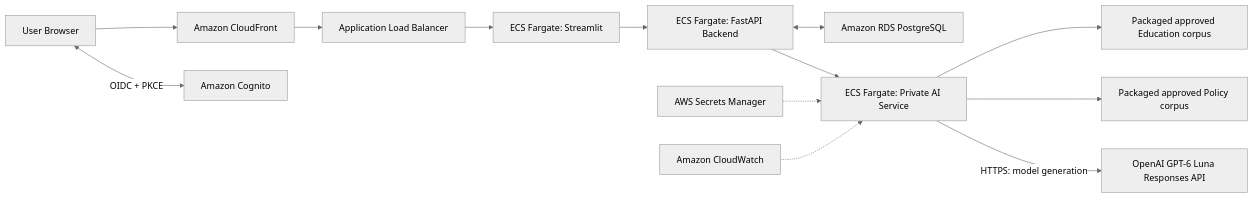
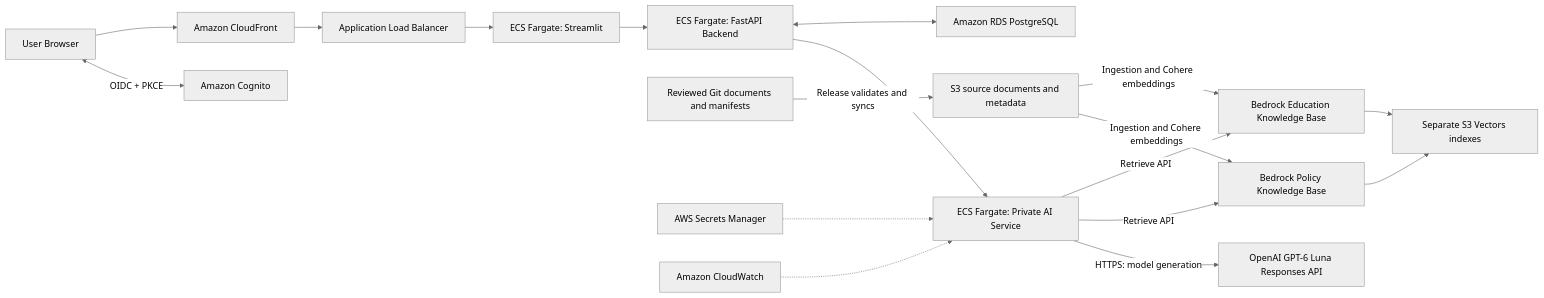
One commit to Seanleng99/nus-iss-ais-team9 changed the second of 2 diagrams in docs/architecture.md. Above: the diagram before and after it, drawn with Mermaid (neutral theme). The commit also changed other lines of this file and 56 other files, not shown here.

````diff
--- a/docs/architecture.md
+++ b/docs/architecture.md
@@ -84,15 +86,20 @@
 ```mermaid
 flowchart LR
   User["User Browser"] --> CloudFront["Amazon CloudFront"]
   User <-->|"OIDC + PKCE"| Cognito["Amazon Cognito"]
   CloudFront --> ALB["Application Load Balancer"]
   ALB --> UI["ECS Fargate: Streamlit"]
   UI --> Backend["ECS Fargate: FastAPI Backend"]
   Backend <--> RDS["Amazon RDS PostgreSQL"]
   Backend --> AI["ECS Fargate: Private AI Service"]
-  AI --> Education["Packaged approved Education corpus"]
-  AI --> Policy["Packaged approved Policy corpus"]
+  AI -->|"Retrieve API"| Education["Bedrock Education Knowledge Base"]
+  AI -->|"Retrieve API"| Policy["Bedrock Policy Knowledge Base"]
+  Git["Reviewed Git documents and manifests"] -->|"Release validates and syncs"| S3["S3 source documents and metadata"]
+  S3 -->|"Ingestion and Cohere embeddings"| Education
+  S3 -->|"Ingestion and Cohere embeddings"| Policy
+  Education --> Vectors["Separate S3 Vectors indexes"]
+  Policy --> Vectors
   AI -->|"HTTPS: model generation"| OpenAI["OpenAI GPT-6 Luna Responses API"]
   Secrets["AWS Secrets Manager"] -.-> AI
   Logs["Amazon CloudWatch"] -.-> AI
 ```
````
